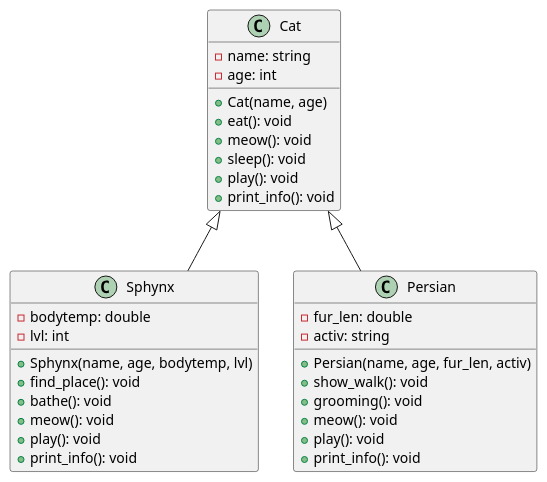
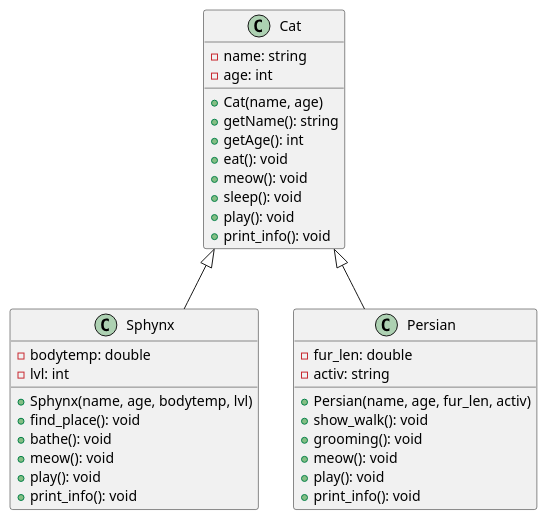
One commit to pisha6/lab1 changed the diagram in cats.puml. Above: the diagram before and after it, drawn with PlantUML. The commit also changed 1 other file, not shown here.

```diff
--- a/cats.puml
+++ b/cats.puml
@@ -1,37 +1,39 @@
 @startuml
 class Cat {
   - name: string
   - age: int
   + Cat(name, age)
+  + getName(): string
+  + getAge(): int
   + eat(): void
   + meow(): void
   + sleep(): void
   + play(): void
   + print_info(): void
 }
 
 class Sphynx {
   - bodytemp: double
   - lvl: int
   + Sphynx(name, age, bodytemp, lvl)
   + find_place(): void
   + bathe(): void
   + meow(): void
   + play(): void
   + print_info(): void
 }
 
 class Persian {
   - fur_len: double
   - activ: string
   + Persian(name, age, fur_len, activ)
   + show_walk(): void
   + grooming(): void
   + meow(): void
   + play(): void
   + print_info(): void
 }
 
 Cat <|-- Sphynx
 Cat <|-- Persian
 @enduml
```
